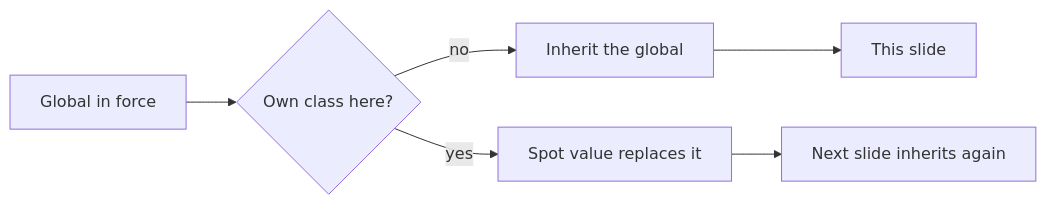
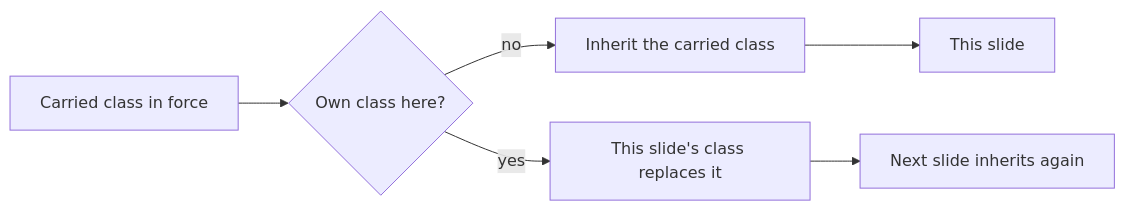
One commit to Laticent/lattice changed the third of 5 diagrams in examples/slide-class-forms.md. Above: the diagram before and after it, drawn with Mermaid. The commit also changed other lines of this file and 563 other files, not shown here.

````diff
--- a/examples/slide-class-forms.md
+++ b/examples/slide-class-forms.md
@@ -76,8 +76,8 @@
 ```mermaid
 flowchart LR
-  A["Global in force"] --> B{"Own class here?"}
-  B -->|no| C["Inherit the global"]
-  B -->|yes| D["Spot value replaces it"]
+  A["Carried class in force"] --> B{"Own class here?"}
+  B -->|no| C["Inherit the carried class"]
+  B -->|yes| D["This slide's class replaces it"]
   C --> E["This slide"]
   D --> F["Next slide inherits again"]
 ```
````
